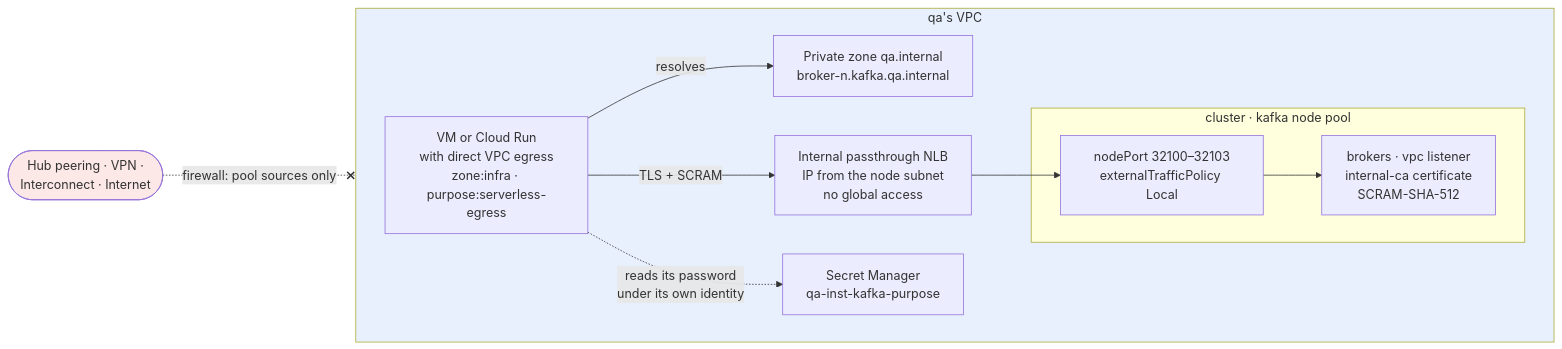
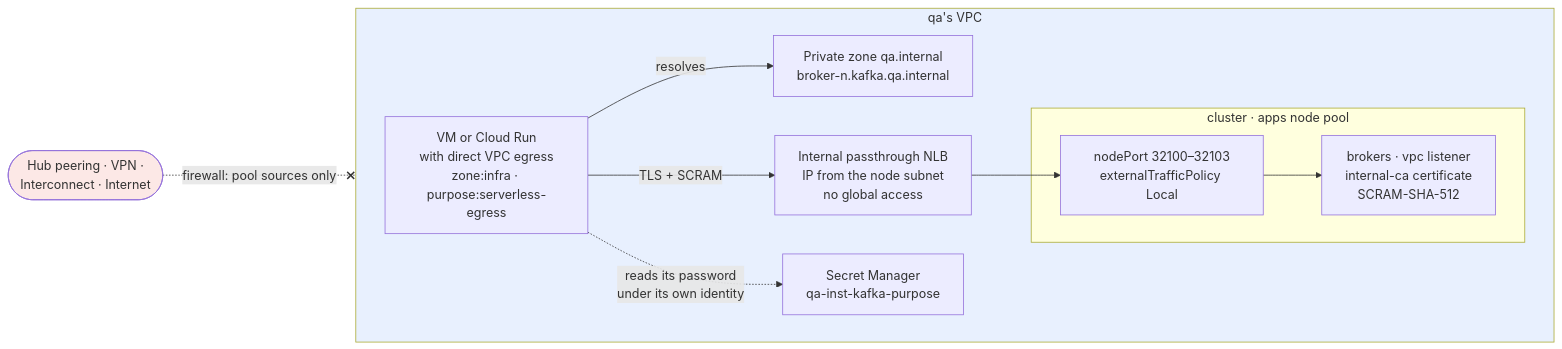
Before and after one commit to aescanero/proposal_documents: the diagram in docs/en/proposals/kafka-qa/diagrams/07-acceso-vpc.mmd, drawn with Mermaid. The commit also changed 55 other files, not shown here.

First line of the commit message:
Two node pools per cluster: system and apps (es and en)

```diff
--- a/docs/en/proposals/kafka-qa/diagrams/07-acceso-vpc.mmd
+++ b/docs/en/proposals/kafka-qa/diagrams/07-acceso-vpc.mmd
@@ -1,22 +1,22 @@
 flowchart LR
     subgraph VPC["qa's VPC"]
         direction LR
         VM["VM or Cloud Run<br/>with direct VPC egress<br/>zone:infra · purpose:serverless-egress"]
         DNS["Private zone qa.internal<br/>broker-n.kafka.qa.internal"]
         ILB["Internal passthrough NLB<br/>IP from the node subnet<br/>no global access"]
-        subgraph GKE["cluster · kafka node pool"]
+        subgraph GKE["cluster · apps node pool"]
             NP["nodePort 32100–32103<br/>externalTrafficPolicy Local"]
             BR["brokers · vpc listener<br/>internal-ca certificate<br/>SCRAM-SHA-512"]
         end
         SM["Secret Manager<br/>qa-inst-kafka-purpose"]
     end
     OUT(["Hub peering · VPN ·<br/>Interconnect · Internet"])
 
     VM -->|"resolves"| DNS
     VM -->|"TLS + SCRAM"| ILB
     ILB --> NP --> BR
     VM -. "reads its password<br/>under its own identity" .-> SM
     OUT -.-x|"firewall: pool sources only"| ILB
 
     style OUT fill:#fce8e6
     style VPC fill:#e8f0fe
```
